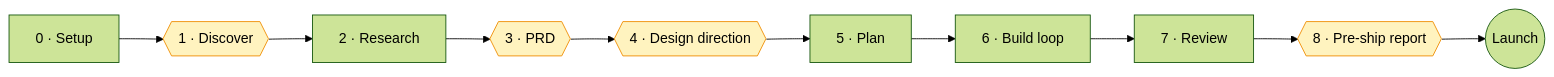
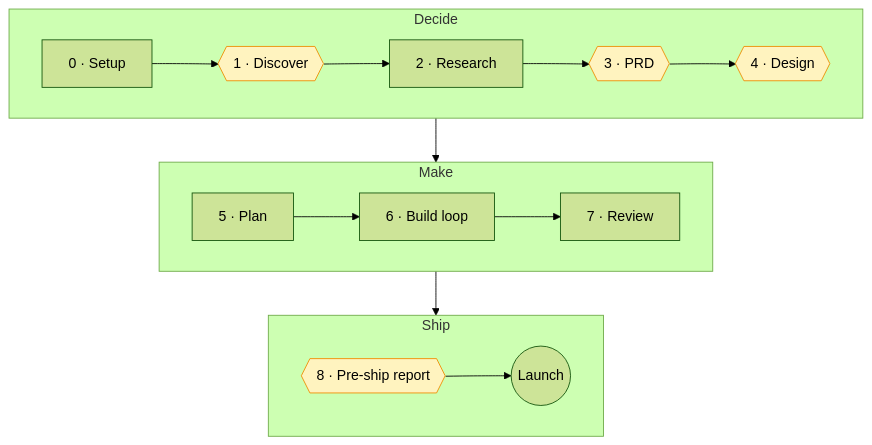
Before and after one commit to Vecnasurvivor/minhs-website: the diagram in README.md, drawn with Mermaid (forest theme).

Commit message:
README: stack the workflow diagram into three rows

````diff
--- a/README.md
+++ b/README.md
@@ -58,15 +58,19 @@
 ```mermaid
-flowchart LR
-    S[0 · Setup] --> D{{1 · Discover}}
-    D --> R[2 · Research]
-    R --> P{{3 · PRD}}
-    P --> DD{{4 · Design direction}}
-    DD --> PL[5 · Plan]
-    PL --> B[6 · Build loop]
-    B --> RV[7 · Review]
-    RV --> SH{{8 · Pre-ship report}}
-    SH --> L((Launch))
+flowchart TB
+    subgraph decide [Decide]
+        direction LR
+        S[0 · Setup] --> D{{1 · Discover}} --> R[2 · Research] --> P{{3 · PRD}} --> DD{{4 · Design}}
+    end
+    subgraph make [Make]
+        direction LR
+        PL[5 · Plan] --> B[6 · Build loop] --> RV[7 · Review]
+    end
+    subgraph ship [Ship]
+        direction LR
+        SH{{8 · Pre-ship report}} --> L((Launch))
+    end
+    decide --> make --> ship
 
     classDef gate fill:#fff3bf,stroke:#f08c00,color:#000
     class D,P,DD,SH gate
 ```
````
